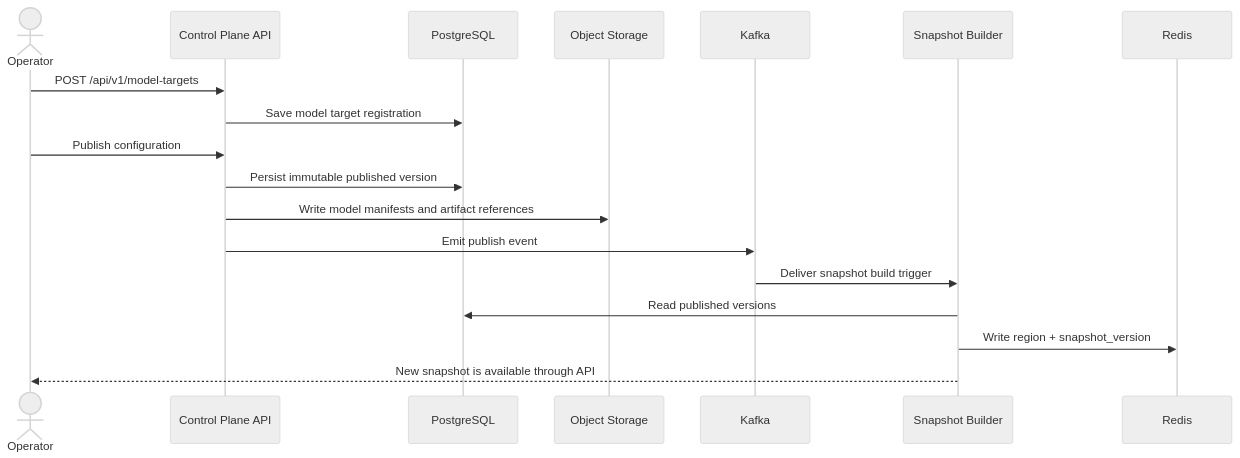
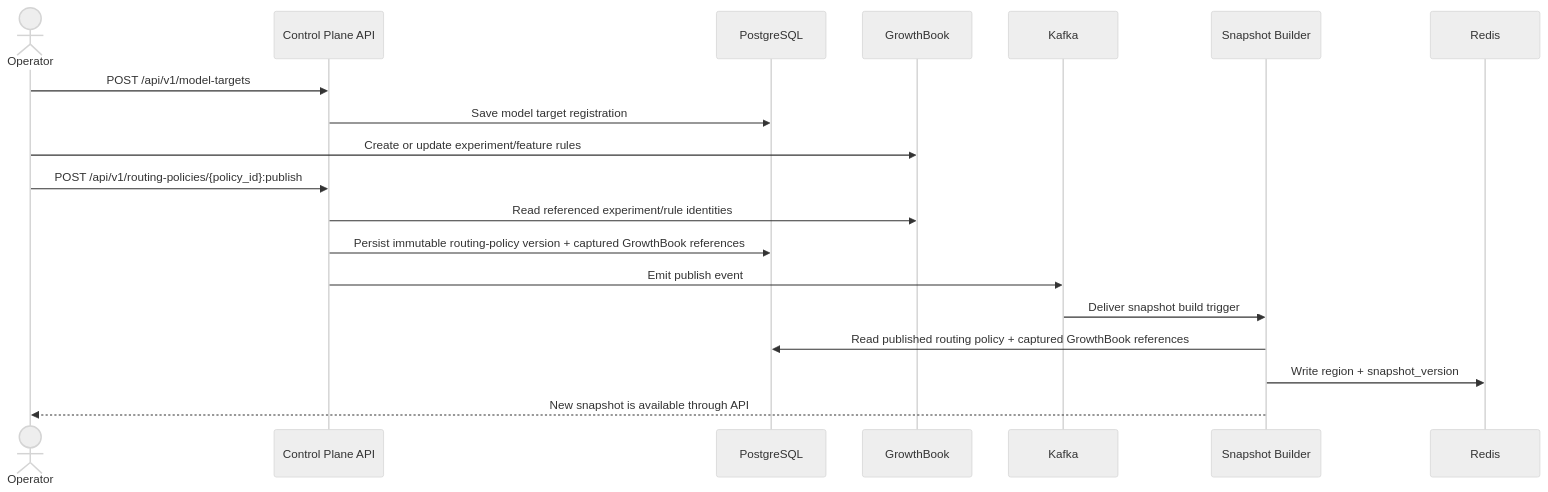
Before and after one commit to brandon-benge/example-model-routing: the second of 5 diagrams in README.md, drawn with Mermaid (neutral theme). The commit also changed other lines of this file and 6 other files, not shown here.

````diff
--- a/README.md
+++ b/README.md
@@ -78,21 +81,22 @@
 ```mermaid
 sequenceDiagram
     actor Operator
     participant API as Control Plane API
     participant DB as PostgreSQL
-    participant Obj as Object Storage
+    participant GB as GrowthBook
     participant Bus as Kafka
     participant Snap as Snapshot Builder
     participant Cache as Redis
 
     Operator->>API: POST /api/v1/model-targets
     API->>DB: Save model target registration
-    Operator->>API: Publish configuration
-    API->>DB: Persist immutable published version
-    API->>Obj: Write model manifests and artifact references
+    Operator->>GB: Create or update experiment/feature rules
+    Operator->>API: POST /api/v1/routing-policies/{policy_id}:publish
+    API->>GB: Read referenced experiment/rule identities
+    API->>DB: Persist immutable routing-policy version + captured GrowthBook references
     API->>Bus: Emit publish event
     Bus->>Snap: Deliver snapshot build trigger
-    Snap->>DB: Read published versions
+    Snap->>DB: Read published routing policy + captured GrowthBook references
     Snap->>Cache: Write region + snapshot_version
     Snap-->>Operator: New snapshot is available through API
 ```
````
